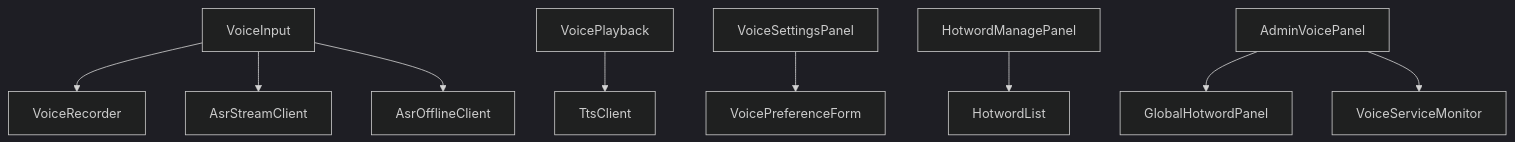
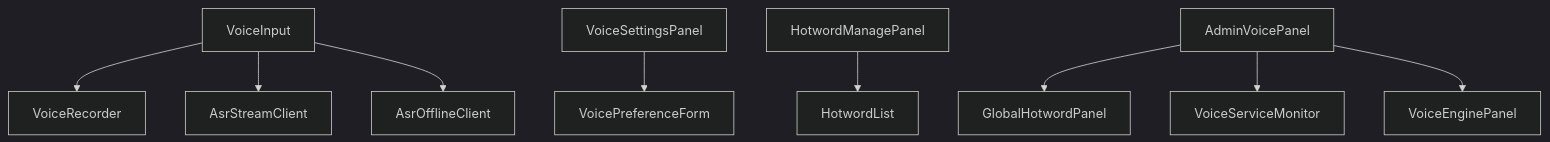
Before and after one commit to earthy-zinc/dehaze-system: the diagram in dehaze-doc/docs/03-模块设计/基础模块/语音交互/前端实现.md, drawn with Mermaid (dark theme). The commit also changed other lines of this file and 694 other files, not shown here.

````diff
--- a/dehaze-doc/docs/03-模块设计/基础模块/语音交互/前端实现.md
+++ b/dehaze-doc/docs/03-模块设计/基础模块/语音交互/前端实现.md
@@ -13,11 +13,11 @@
 ```mermaid
 flowchart TD
     VoiceInput --> VoiceRecorder
     VoiceInput --> AsrStreamClient
     VoiceInput --> AsrOfflineClient
-    VoicePlayback --> TtsClient
     VoiceSettingsPanel --> VoicePreferenceForm
     HotwordManagePanel --> HotwordList
     AdminVoicePanel --> GlobalHotwordPanel
     AdminVoicePanel --> VoiceServiceMonitor
+    AdminVoicePanel --> VoiceEnginePanel
 ```
````
